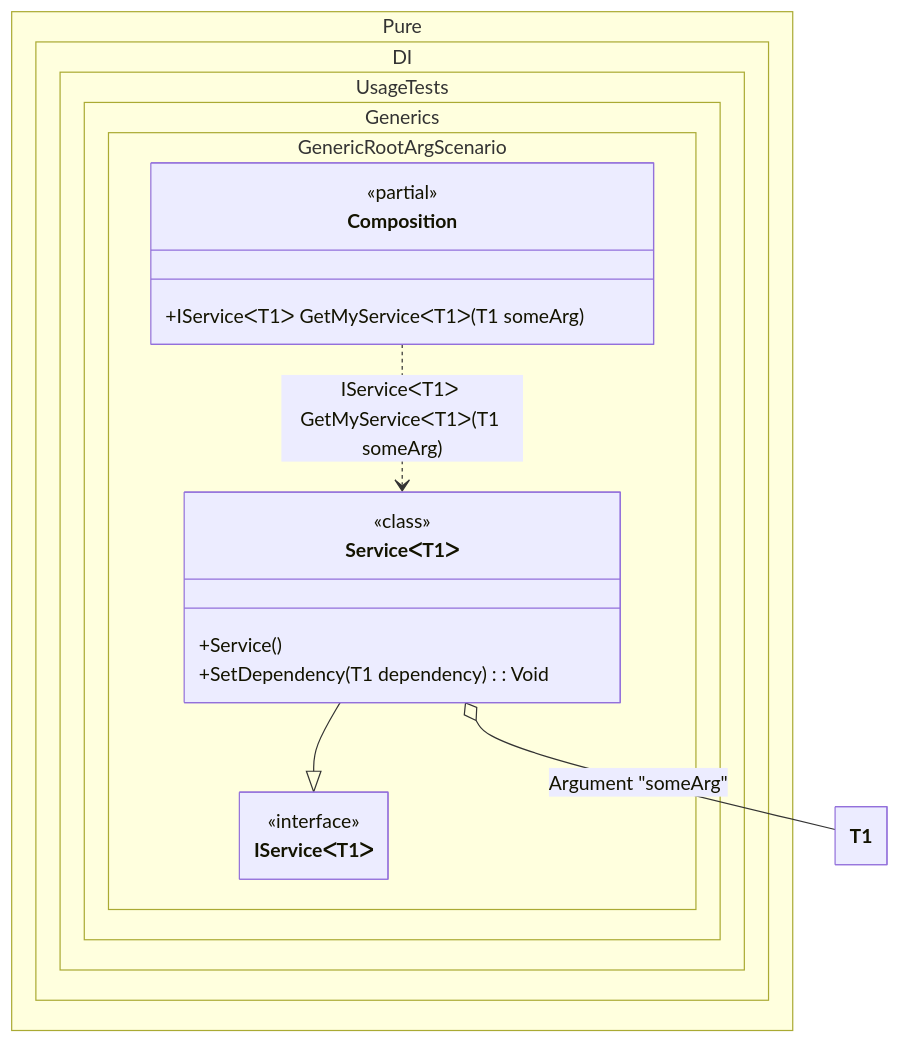
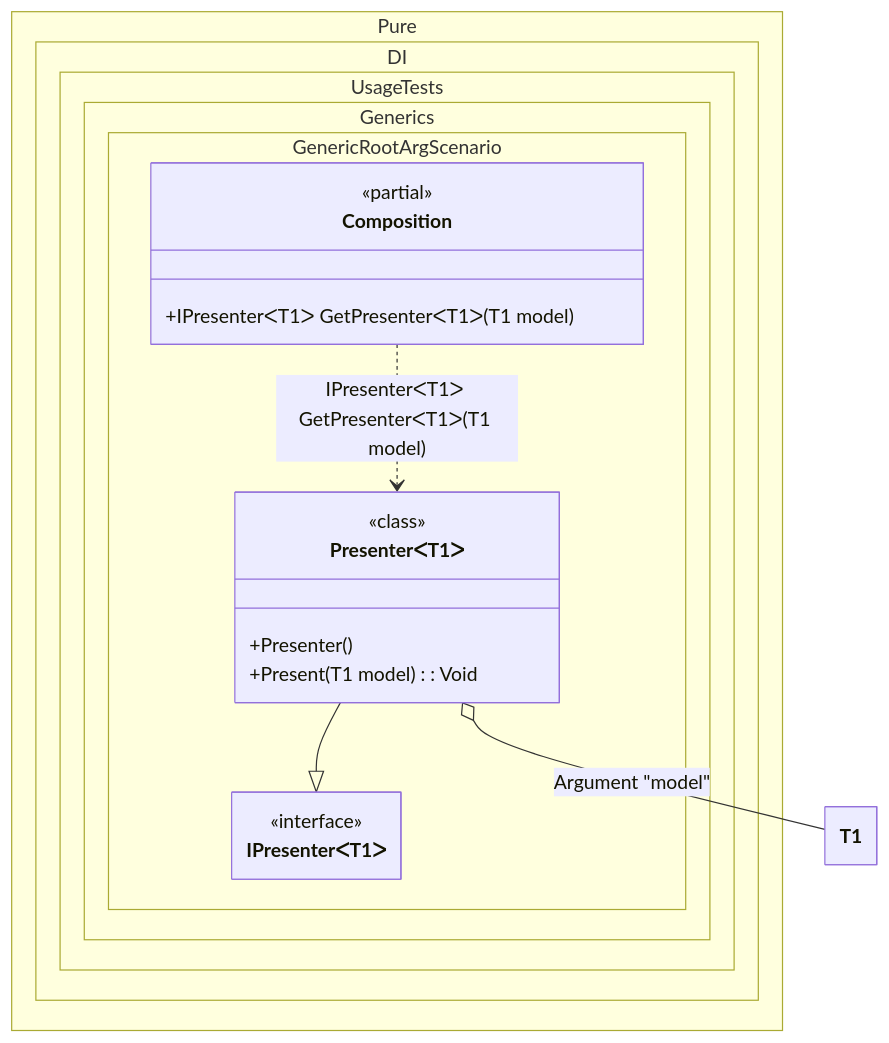
Before and after one commit to DevTeam/Pure.DI: the diagram in readme/generic-root-arguments.md, drawn with Mermaid. The commit also changed other lines of this file and 126 other files, not shown here.

````diff
--- a/readme/generic-root-arguments.md
+++ b/readme/generic-root-arguments.md
@@ -99,27 +105,27 @@
 ```mermaid
 ---
  config:
   maxTextSize: 2147483647
   maxEdges: 2147483647
   class:
    hideEmptyMembersBox: true
 ---
 classDiagram
-	ServiceᐸT1ᐳ --|> IServiceᐸT1ᐳ
-	Composition ..> ServiceᐸT1ᐳ : IServiceᐸT1ᐳ GetMyServiceᐸT1ᐳ(T1 someArg)
-	ServiceᐸT1ᐳ o-- T1 : Argument "someArg"
+	PresenterᐸT1ᐳ --|> IPresenterᐸT1ᐳ
+	Composition ..> PresenterᐸT1ᐳ : IPresenterᐸT1ᐳ GetPresenterᐸT1ᐳ(T1 model)
+	PresenterᐸT1ᐳ o-- T1 : Argument "model"
 	namespace Pure.DI.UsageTests.Generics.GenericRootArgScenario {
 		class Composition {
 		<<partial>>
-		+IServiceᐸT1ᐳ GetMyServiceᐸT1ᐳ(T1 someArg)
+		+IPresenterᐸT1ᐳ GetPresenterᐸT1ᐳ(T1 model)
 		}
-		class IServiceᐸT1ᐳ {
+		class IPresenterᐸT1ᐳ {
 			<<interface>>
 		}
-		class ServiceᐸT1ᐳ {
+		class PresenterᐸT1ᐳ {
 				<<class>>
-			+Service()
-			+SetDependency(T1 dependency) : Void
+			+Presenter()
+			+Present(T1 model) : Void
 		}
 	}
 ```
````
